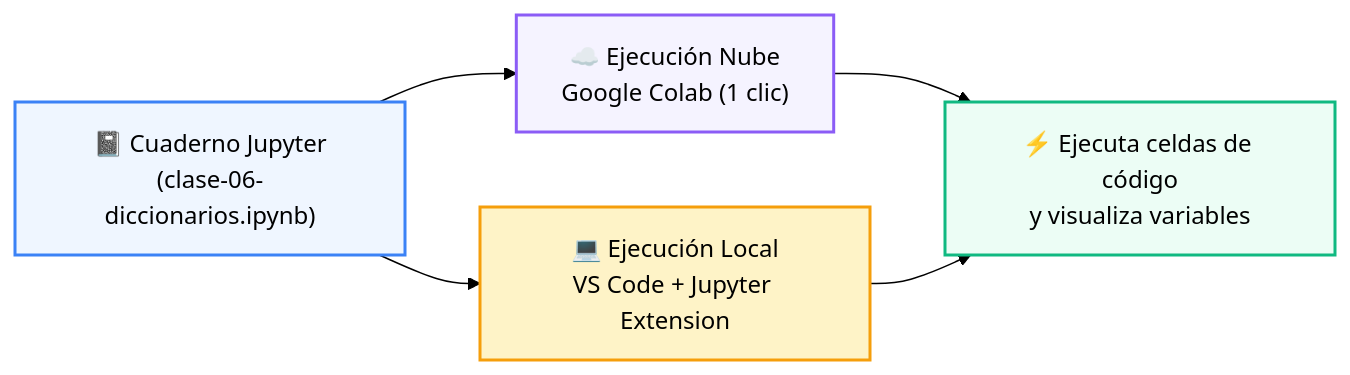
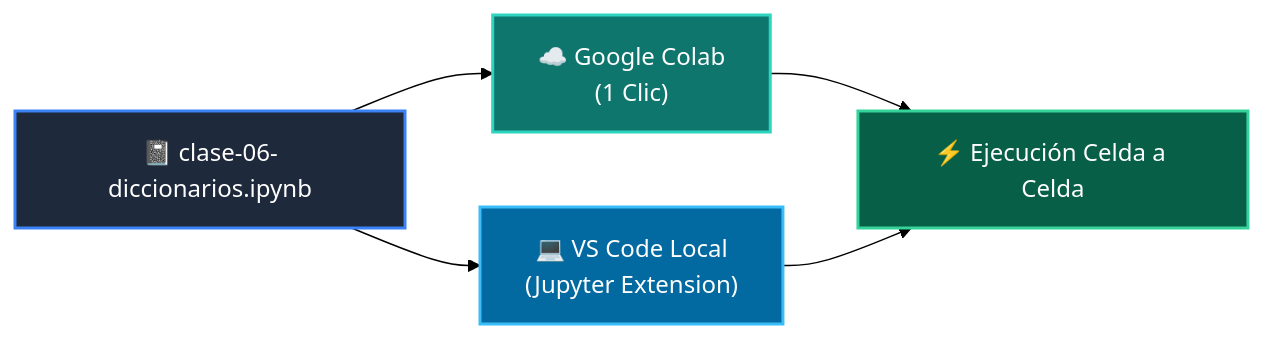
The diagram in 01-fundamentos-python/clase-06-diccionarios/notebook/README.md (wisrovi/wisrovi-python), drawn with Mermaid (forest theme) before and after one commit. The commit also changed other lines of this file and 271 other files, not shown here.

Commit message:
docs: rewrite all README.md files with bespoke topic-specific Mermaid diagrams and remove repetitive boilerplate

````diff
--- a/01-fundamentos-python/clase-06-diccionarios/notebook/README.md
+++ b/01-fundamentos-python/clase-06-diccionarios/notebook/README.md
@@ -14,12 +12,12 @@
 ```mermaid
 flowchart LR
-    NB["📓 Cuaderno Jupyter<br/>(clase-06-diccionarios.ipynb)"] --> COLAB["☁️ Ejecución Nube<br/>Google Colab (1 clic)"]
-    NB --> LOCAL["💻 Ejecución Local<br/>VS Code + Jupyter Extension"]
-    COLAB --> RUN["⚡ Ejecuta celdas de código<br/>y visualiza variables"]
+    NB["📓 clase-06-diccionarios.ipynb"] --> COLAB["☁️ Google Colab<br/>(1 Clic)"]
+    NB --> LOCAL["💻 VS Code Local<br/>(Jupyter Extension)"]
+    COLAB --> RUN["⚡ Ejecución Celda a Celda"]
     LOCAL --> RUN
 
-    style NB fill:#eff6ff,stroke:#3b82f6,stroke-width:2px
-    style COLAB fill:#f5f3ff,stroke:#8b5cf6,stroke-width:2px
-    style LOCAL fill:#fef3c7,stroke:#f59e0b,stroke-width:2px
-    style RUN fill:#ecfdf5,stroke:#10b981,stroke-width:2px
+    style NB fill:#1e293b,color:#fff,stroke:#3b82f6,stroke-width:2px
+    style COLAB fill:#0f766e,color:#fff,stroke:#2dd4bf,stroke-width:2px
+    style LOCAL fill:#0369a1,color:#fff,stroke:#38bdf8,stroke-width:2px
+    style RUN fill:#065f46,color:#fff,stroke:#34d399,stroke-width:2px
 ```
````
